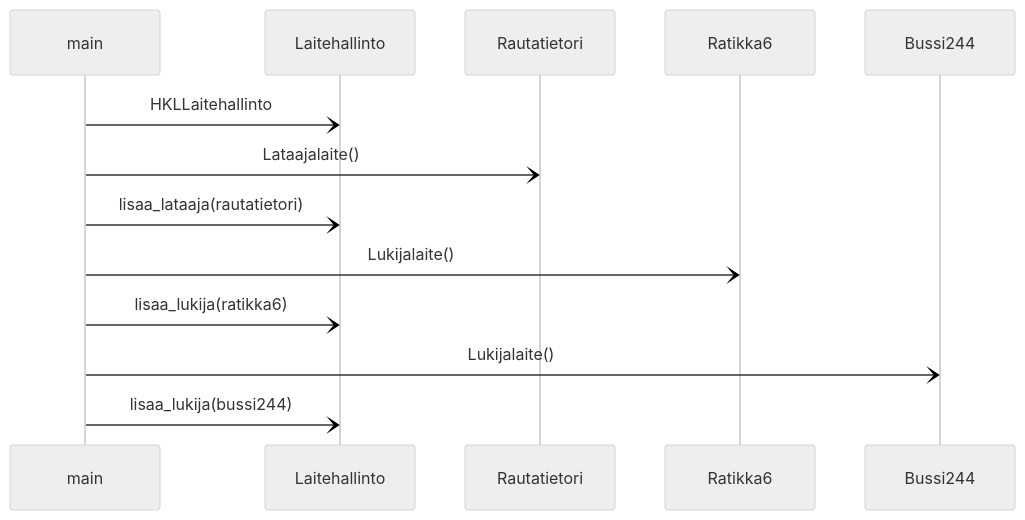
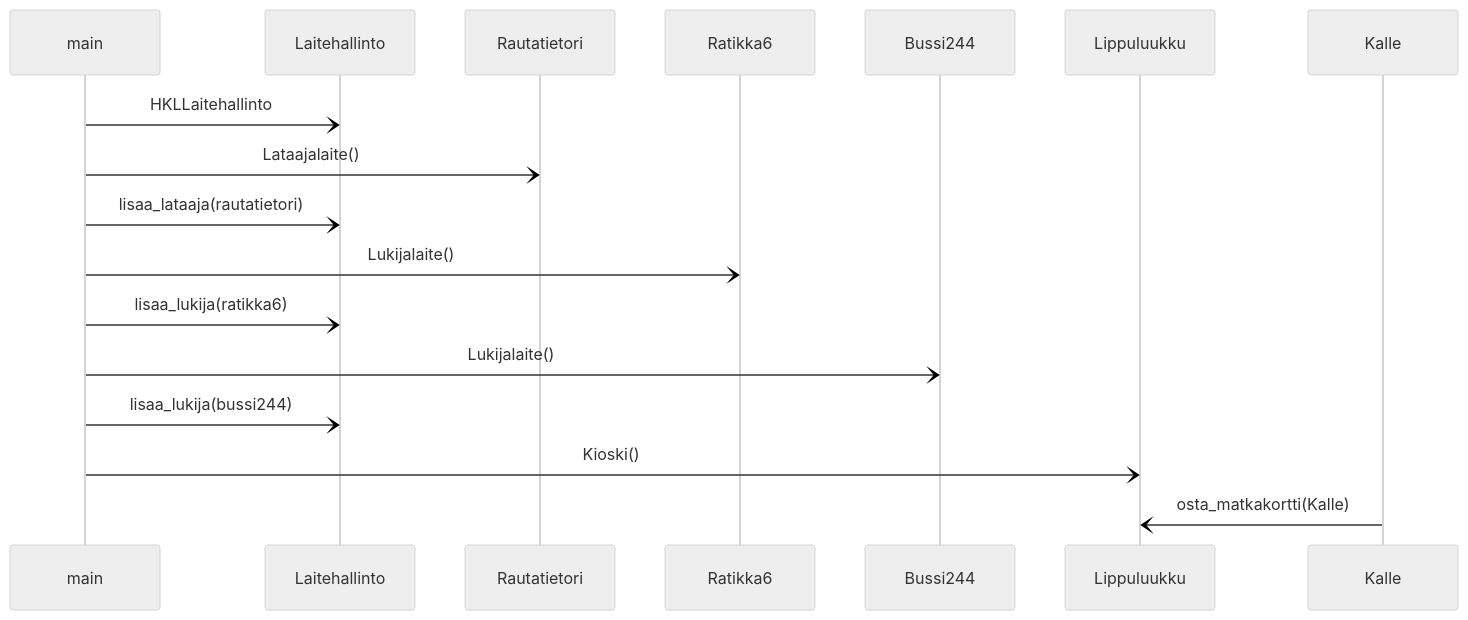
One commit to ellenra/jumping_game changed the diagram in laskarit/viikko3/hsl_kortti.md. Above: the diagram before and after it, drawn with Mermaid (neutral theme).

````diff
--- a/laskarit/viikko3/hsl_kortti.md
+++ b/laskarit/viikko3/hsl_kortti.md
@@ -1,11 +1,13 @@
 ```mermaid
 sequenceDiagram
   main-)Laitehallinto: HKLLaitehallinto
   main-)Rautatietori: Lataajalaite()
   main-)Laitehallinto: lisaa_lataaja(rautatietori)
   main-)Ratikka6: Lukijalaite()
   main-)Laitehallinto: lisaa_lukija(ratikka6)
   main-)Bussi244: Lukijalaite()
   main-)Laitehallinto: lisaa_lukija(bussi244)
+  main-)Lippuluukku: Kioski()
+  Kalle-)Lippuluukku: osta_matkakortti(Kalle)
   
 ```
````
